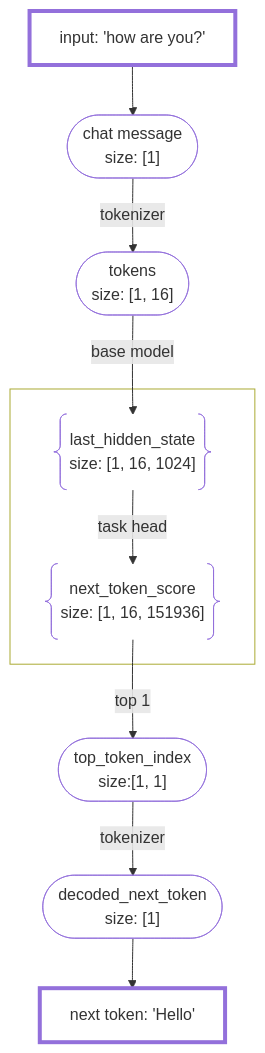
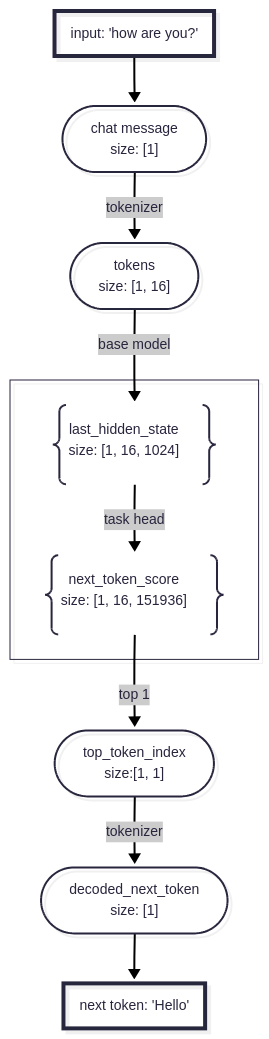
Before and after one commit to Yiheng-Yu/personal-website: the diagram in content/posts/transformers-pt-2/index.md, drawn with Mermaid. The commit also changed 8 other files, not shown here.

```diff
--- a/content/posts/transformers-pt-2/index.md
+++ b/content/posts/transformers-pt-2/index.md
@@ -567,26 +567,31 @@
 {{< mermaid >}}
-
+---
+config:
+  layout: dagre
+  theme: redux
+  look: neo
+---
 flowchart TB
  subgraph Model["<br>"]
         n4["last_hidden_state<br>size: [1, 16, 1024]"]
         n5["next_token_score<br>size: [1, 16, 151936]"]
   end
     n1@{ label: "input: 'how are you?'" } --> n2(["chat message<br>size: [1]"])
     n2 -- tokenizer --> n3["tokens<br>size: [1, 16]"]
     n3 -- base model --> n4
     n4 -- task head --> n5
     n5 -- top 1 --> n6(["top_token_index<br>size:[1, 1]"])
     n6 -- tokenizer --> n7(["decoded_next_token<br>size: [1]"])
     n7 --> n8@{ label: "next token: 'Hello'" }
 
     n4@{ shape: braces}
     n5@{ shape: braces}
     n1@{ shape: rect}
     n3@{ shape: terminal}
     n8@{ shape: rect}
     classDef default fill: transparent, bg-color: transparent
     style n1 stroke-width:4px,stroke-dasharray: 0
     style n8 stroke-width:4px,stroke-dasharray: 0
     style Model fill:transparent
 
 {{< /mermaid >}}
```
